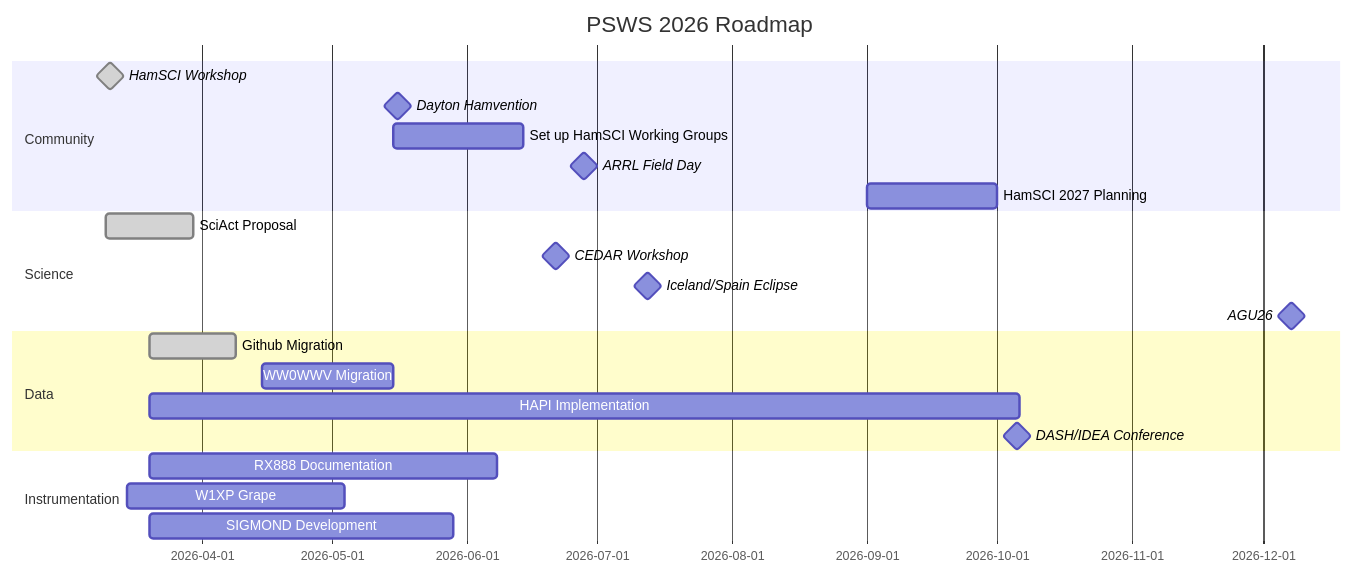
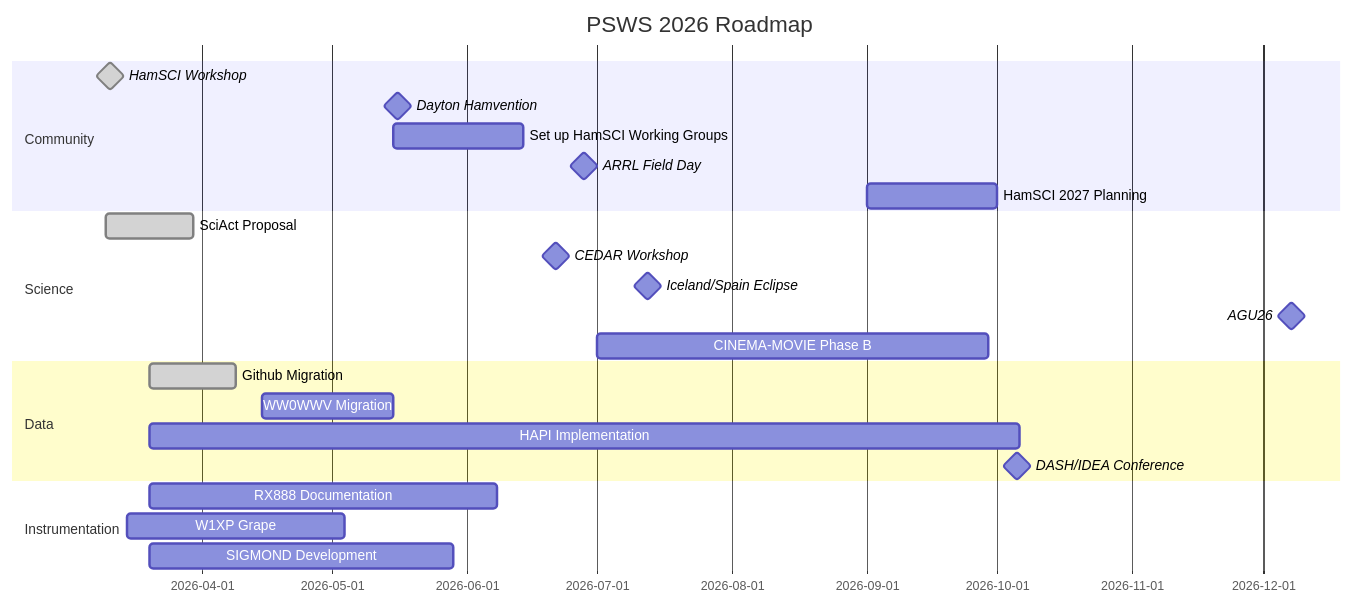
Before and after one commit to HamSCI/psws-charette: the diagram in HamSCI_2026_Gantt.md, drawn with Mermaid.

````diff
--- a/HamSCI_2026_Gantt.md
+++ b/HamSCI_2026_Gantt.md
@@ -1,30 +1,31 @@
 ```mermaid
 gantt
     title PSWS 2026 Roadmap
     dateFormat YYYY-MM
 section Community
         HamSCI Workshop       : done, milestone, hamsci, 2026-03-10, 2d 
         Dayton Hamvention       : milestone, hamvention, 2026-05-15, 2d
         Set up HamSCI Working Groups       : wg, 2026-05-15, 30d
         ARRL Field Day       : milestone, fieldday, 2026-06-27, 2d
         %% K3LR Retreat (TBD):        k3lr, 2026-07-27, 2d
         HamSCI 2027 Planning       : planning, 2026-09-01, 30d 
                                 
 section Science
        SciAct Proposal    :done, sciact, 2026-03-10, 20d
         CEDAR Workshop    : milestone, CEDAR, 2026-06-21, 1d 
         Iceland/Spain Eclipse       : milestone, Eclipse, 2026-07-12, 1d
-AGU26       : milestone, AGu26, 2026-12-07, 1d 
+AGU26       : milestone, AGu26, 2026-12-07, 1d
+               CINEMA-MOVIE Phase B    :cinema, 2026-07-01, 90d
 section Data
         Github Migration    :done, req1, 2026-03-20, 20d
                 WW0WWV Migration    :ww0wwv, 2026-04-15, 30d
                 HAPI Implementation    :hapi, 2026-03-20, 200d
        DASH/IDEA Conference      : milestone, DASH, 2026-10-05, 1d
 
                 
 section Instrumentation
         RX888 Documentation    :rx888, 2026-03-20, 80d
         W1XP Grape :rx888, 2026-03-15, 50d
         SIGMOND Development    :sigmond, 2026-03-20, 70d
 
 ```
````
